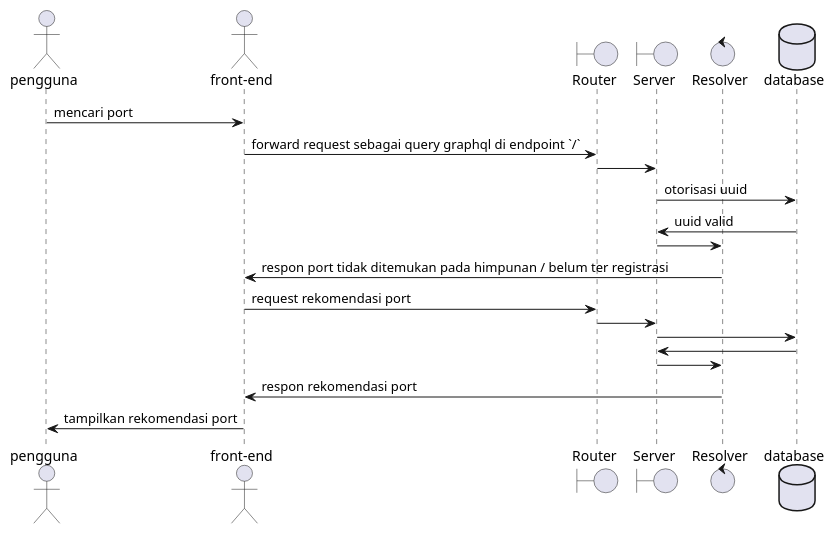
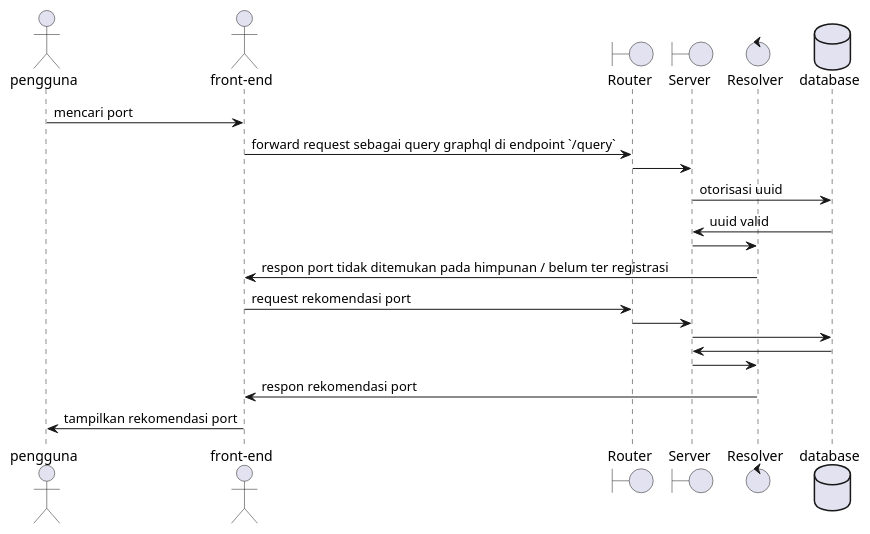
The diagram in rekomendasi-port.puml (stnDinus/skpl_apbo_sequence_diagram), drawn with PlantUML before and after one commit.

Commit message:
fix: query endpoint

```diff
--- a/rekomendasi-port.puml
+++ b/rekomendasi-port.puml
@@ -1,23 +1,23 @@
 @startuml
 actor pengguna
 actor "front-end" as fe
 boundary Router as router
 boundary Server as srv
 control Resolver as resolver
 database "database" as db
 
 pengguna -> fe: mencari port
-fe -> router: forward request sebagai query graphql di endpoint `/`
+fe -> router: forward request sebagai query graphql di endpoint `/query`
 router -> srv
 srv -> db: otorisasi uuid
 db -> srv: uuid valid
 srv -> resolver
 resolver -> fe: respon port tidak ditemukan pada himpunan / belum ter registrasi
 fe -> router: request rekomendasi port
 router -> srv
 srv -> db
 db -> srv
 srv -> resolver
 resolver -> fe: respon rekomendasi port
 fe -> pengguna: tampilkan rekomendasi port
 @enduml
```
